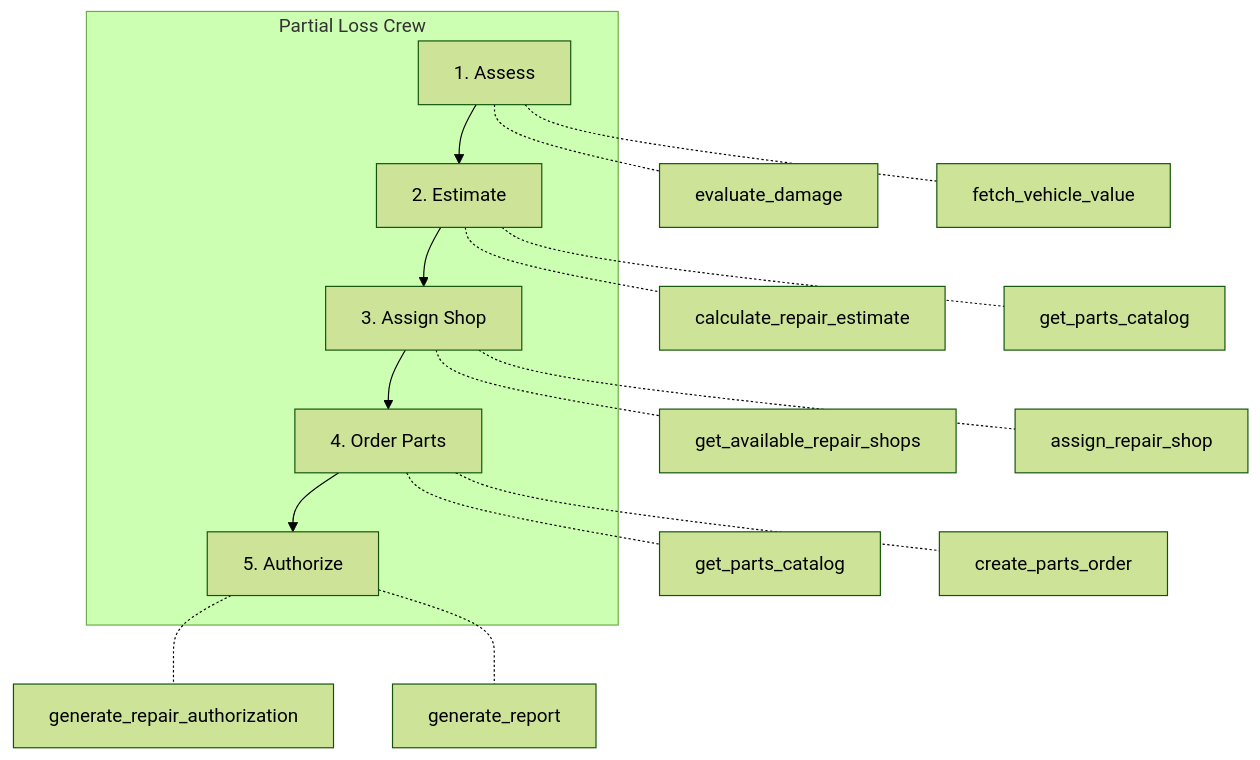
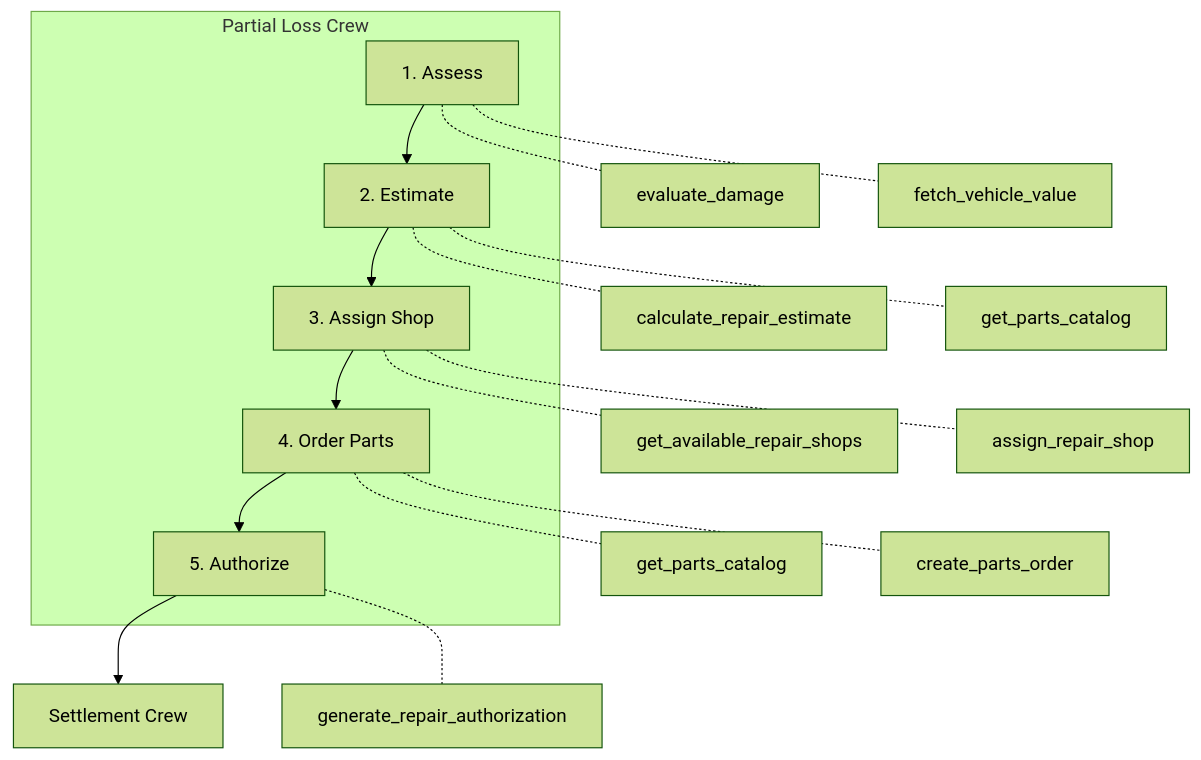
One commit to csmangum/auto-agent changed the sixth of 7 diagrams in docs/crews.md. Above: the diagram before and after it, drawn with Mermaid (forest theme). The commit also changed other lines of this file and 28 other files, not shown here.

Commit message:
Add shared settlement crew workflow

````diff
--- a/docs/crews.md
+++ b/docs/crews.md
@@ -520,21 +508,21 @@
 ```mermaid
 flowchart TB
     subgraph PartialLoss["Partial Loss Crew"]
         A[1. Assess] --> B[2. Estimate] --> C[3. Assign Shop] --> D[4. Order Parts] --> E[5. Authorize]
     end
+    E --> S[Settlement Crew]
     
     A -.- A1[evaluate_damage]
     A -.- A2[fetch_vehicle_value]
     
     B -.- B1[calculate_repair_estimate]
     B -.- B2[get_parts_catalog]
     
     C -.- C1[get_available_repair_shops]
     C -.- C2[assign_repair_shop]
     
     D -.- D1[get_parts_catalog]
     D -.- D2[create_parts_order]
     
     E -.- E1[generate_repair_authorization]
-    E -.- E2[generate_report]
 ```
````
